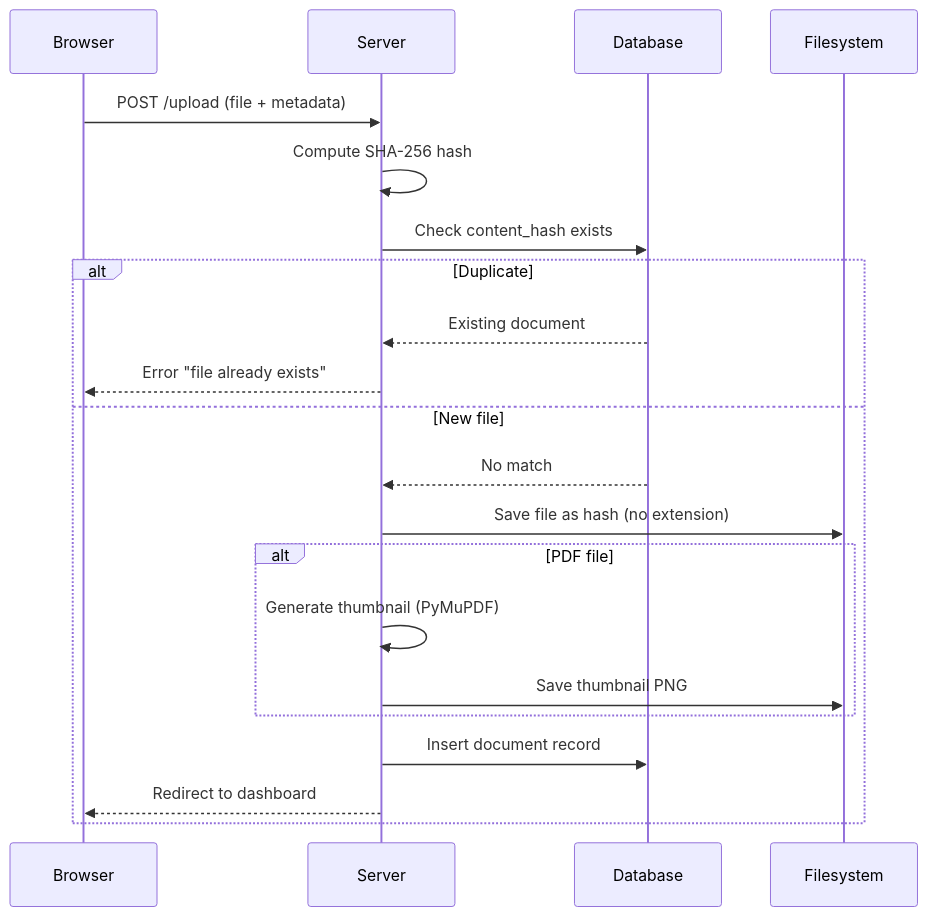
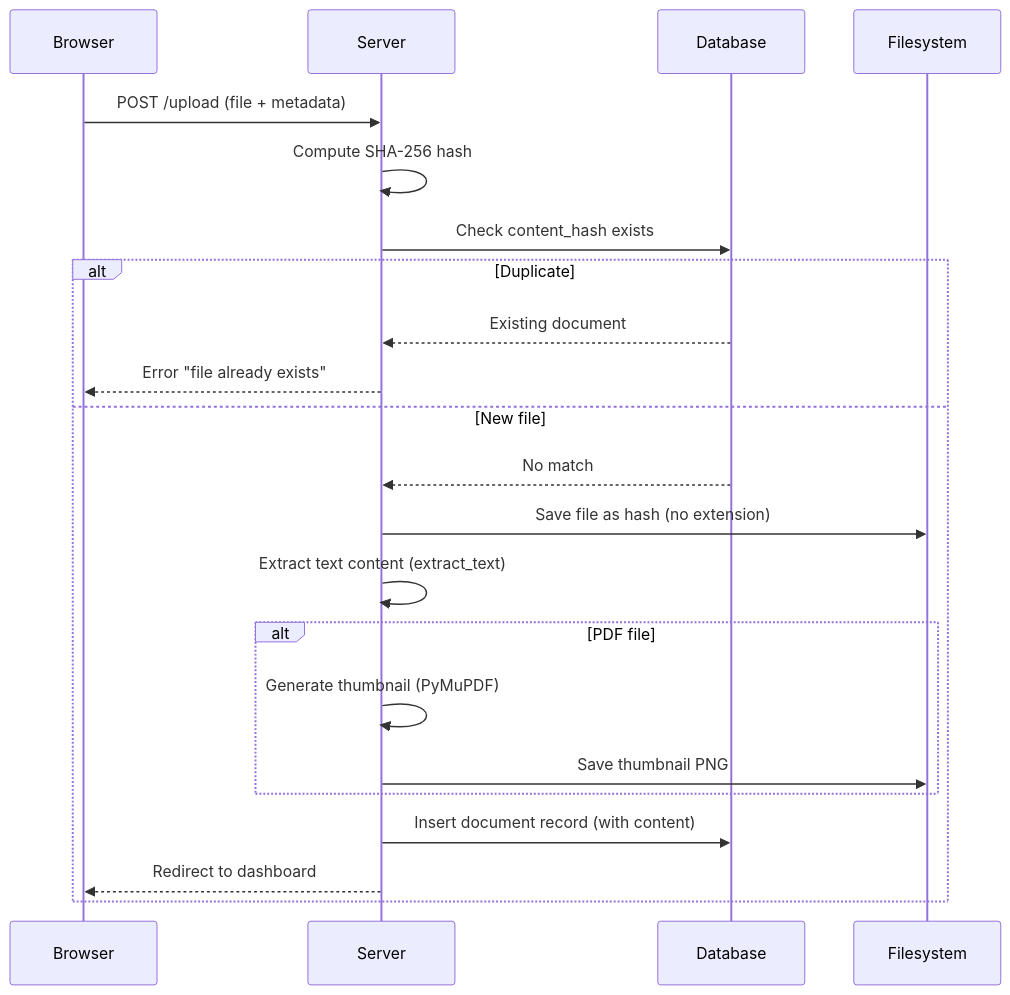
One commit to dkrse/docs-manager changed the fourth of 7 diagrams in docs/diagrams.md. Above: the diagram before and after it, drawn with Mermaid. The commit also changed other lines of this file and 11 other files, not shown here.

````diff
--- a/docs/diagrams.md
+++ b/docs/diagrams.md
@@ -96,24 +97,25 @@
 ```mermaid
 sequenceDiagram
     participant B as Browser
     participant S as Server
     participant DB as Database
     participant FS as Filesystem
 
     B->>S: POST /upload (file + metadata)
     S->>S: Compute SHA-256 hash
     S->>DB: Check content_hash exists
     alt Duplicate
         DB-->>S: Existing document
         S-->>B: Error "file already exists"
     else New file
         DB-->>S: No match
         S->>FS: Save file as hash (no extension)
+        S->>S: Extract text content (extract_text)
         alt PDF file
             S->>S: Generate thumbnail (PyMuPDF)
             S->>FS: Save thumbnail PNG
         end
-        S->>DB: Insert document record
+        S->>DB: Insert document record (with content)
         S-->>B: Redirect to dashboard
     end
 ```
````
